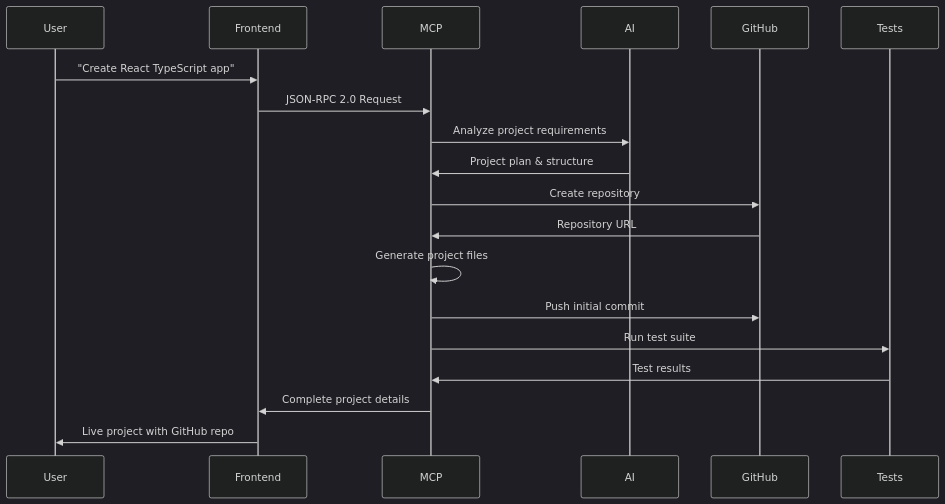
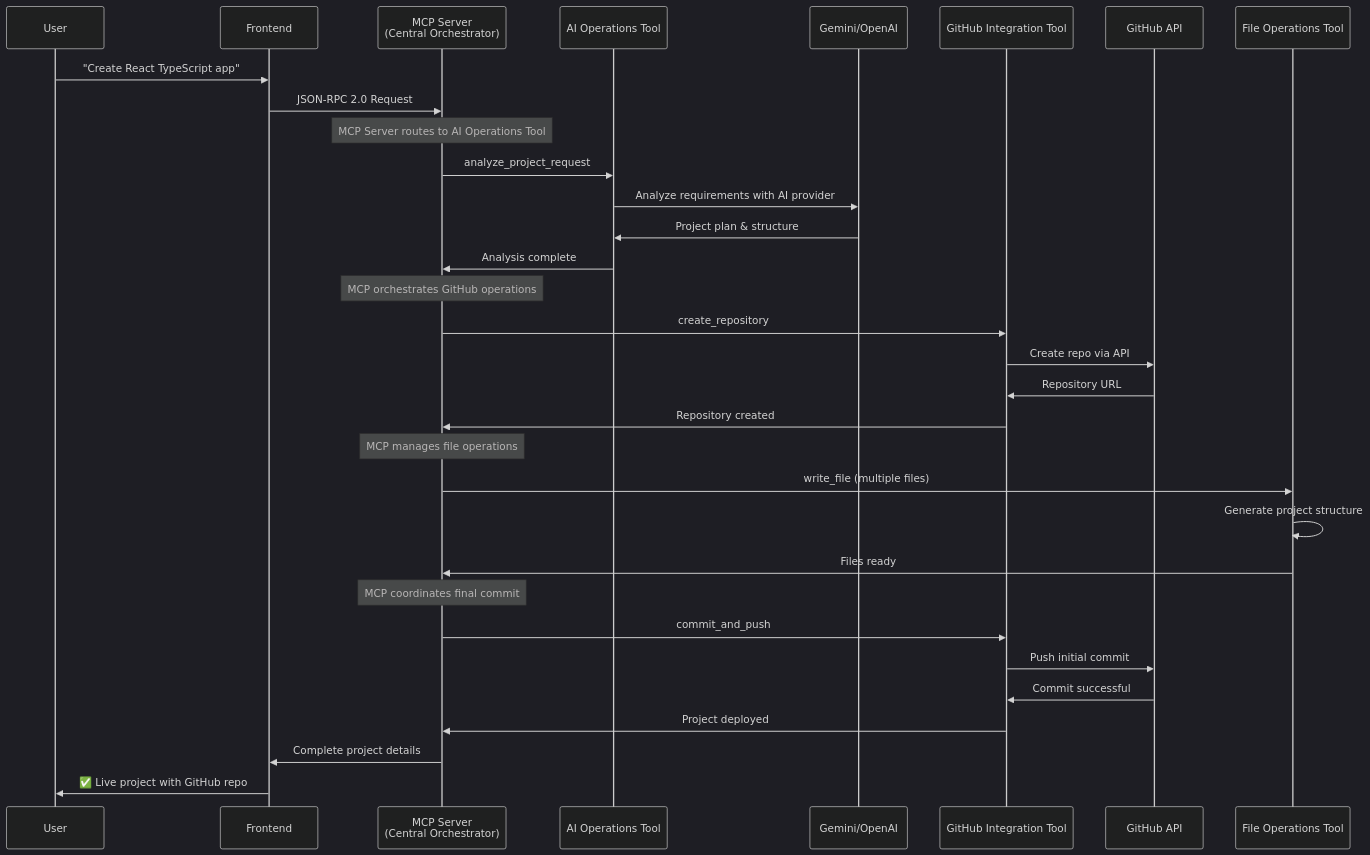
The second of 4 diagrams in README.md (cheshirecode/test-keycardai), drawn with Mermaid (dark theme) before and after one commit. The commit also changed other lines of this file, not shown here.

First line of the commit message:
docs: restructure Architecture section to highlight MCP Server's central role

````diff
--- a/README.md
+++ b/README.md
@@ -135,22 +150,40 @@
 ```mermaid
 sequenceDiagram
     participant User
     participant Frontend
-    participant MCP
-    participant AI
-    participant GitHub
-    participant Tests
+    participant MCP as MCP Server<br/>(Central Orchestrator)
+    participant AITool as AI Operations Tool
+    participant AI as Gemini/OpenAI
+    participant GitHubTool as GitHub Integration Tool
+    participant GitHub as GitHub API
+    participant FileTool as File Operations Tool
 
     User->>Frontend: "Create React TypeScript app"
     Frontend->>MCP: JSON-RPC 2.0 Request
-    MCP->>AI: Analyze project requirements
-    AI->>MCP: Project plan & structure
-    MCP->>GitHub: Create repository
-    GitHub->>MCP: Repository URL
-    MCP->>MCP: Generate project files
-    MCP->>GitHub: Push initial commit
-    MCP->>Tests: Run test suite
-    Tests->>MCP: Test results
+    
+    Note over MCP: MCP Server routes to AI Operations Tool
+    MCP->>AITool: analyze_project_request
+    AITool->>AI: Analyze requirements with AI provider
+    AI->>AITool: Project plan & structure
+    AITool->>MCP: Analysis complete
+    
+    Note over MCP: MCP orchestrates GitHub operations
+    MCP->>GitHubTool: create_repository
+    GitHubTool->>GitHub: Create repo via API
+    GitHub->>GitHubTool: Repository URL
+    GitHubTool->>MCP: Repository created
+    
+    Note over MCP: MCP manages file operations
+    MCP->>FileTool: write_file (multiple files)
+    FileTool->>FileTool: Generate project structure
+    FileTool->>MCP: Files ready
+    
+    Note over MCP: MCP coordinates final commit
+    MCP->>GitHubTool: commit_and_push
+    GitHubTool->>GitHub: Push initial commit
+    GitHub->>GitHubTool: Commit successful
+    GitHubTool->>MCP: Project deployed
+    
     MCP->>Frontend: Complete project details
-    Frontend->>User: Live project with GitHub repo
+    Frontend->>User: ✅ Live project with GitHub repo
 ```
````
